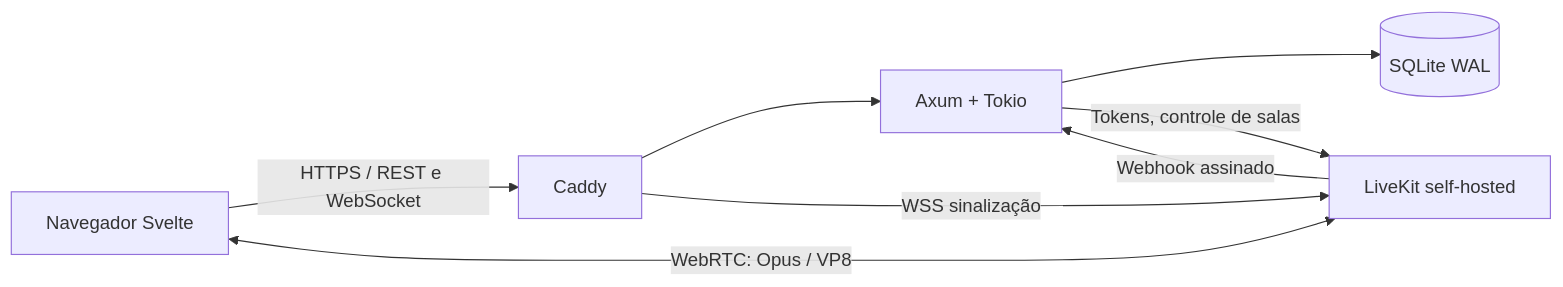
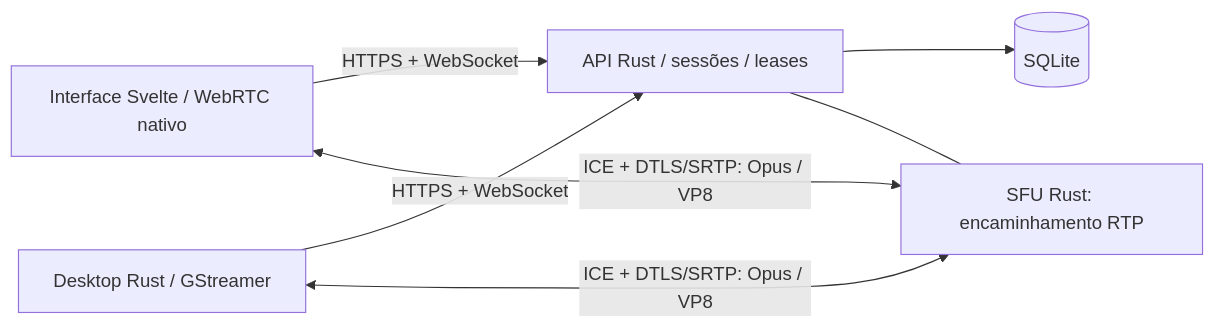
Before and after one commit to GuilhermeGMV/sub-disc: the diagram in README.md, drawn with Mermaid. The commit also changed other lines of this file and 35 other files, not shown here.

````diff
--- a/README.md
+++ b/README.md
@@ -29,10 +10,9 @@
 ```mermaid
 flowchart LR
- B[Navegador Svelte] -->|HTTPS / REST e WebSocket| C[Caddy]
- C --> A[Axum + Tokio]
- A --> DB[(SQLite WAL)]
- A -->|Tokens, controle de salas| L[LiveKit self-hosted]
- L -->|Webhook assinado| A
- C -->|WSS sinalização| L
- B <-->|WebRTC: Opus / VP8| L
+    W[Interface Svelte / WebRTC nativo] -->|HTTPS + WebSocket| A[API Rust / sessões / leases]
+    D[Desktop Rust / GStreamer] -->|HTTPS + WebSocket| A
+    A --> DB[(SQLite)]
+    W <-->|ICE + DTLS/SRTP: Opus / VP8| S[SFU Rust: encaminhamento RTP]
+    D <-->|ICE + DTLS/SRTP: Opus / VP8| S
+    A --- S
 ```
````
